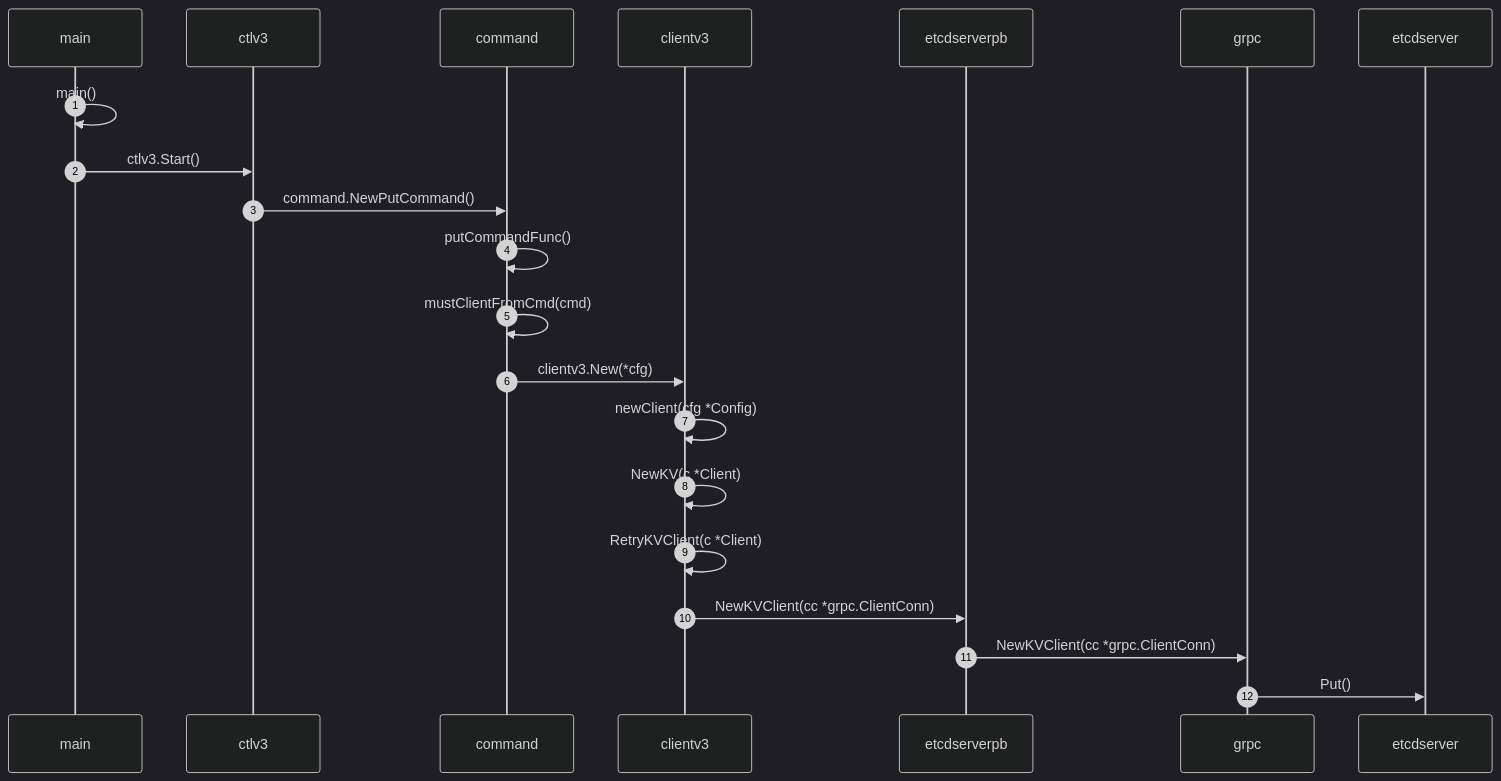
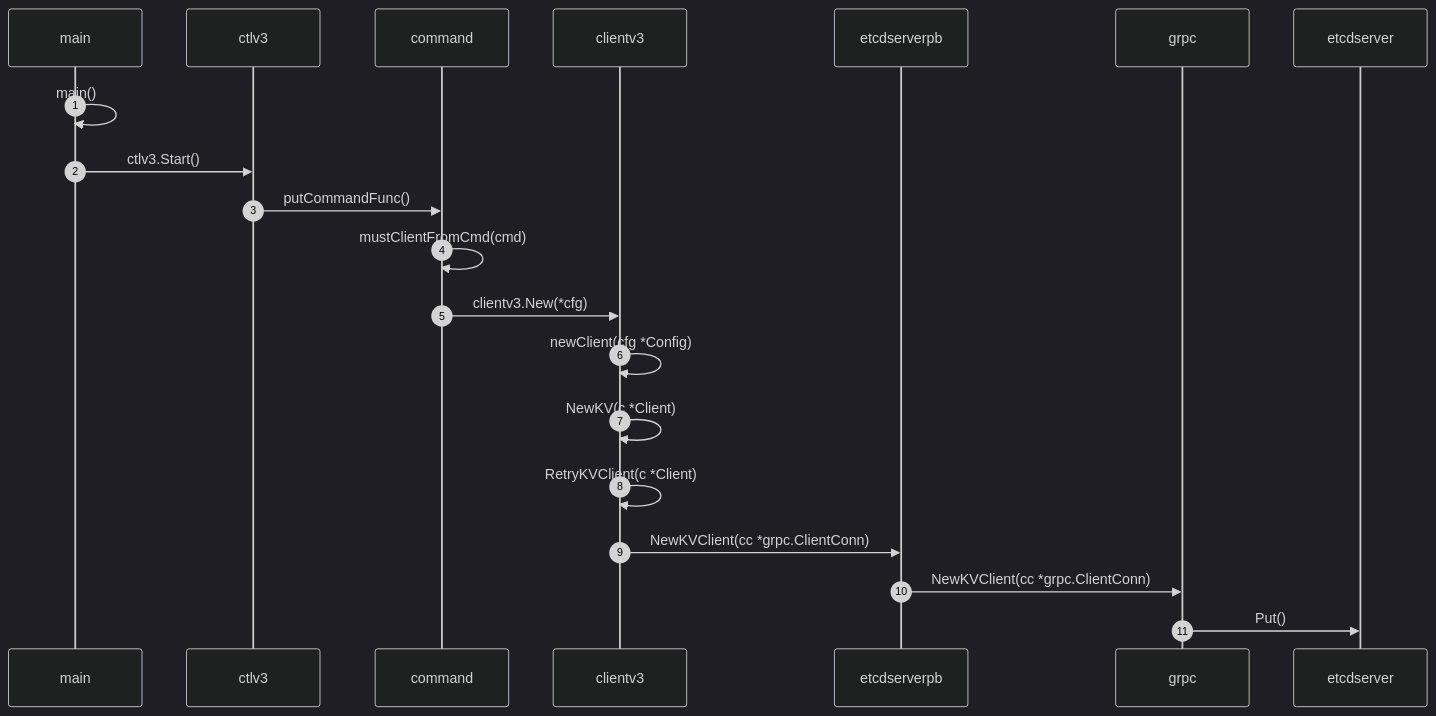
One commit to kangxiaoning/kangxiaoning.github.io changed the sixth of 8 diagrams in Writerside/topics/etcd/etcd-watch.md. Above: the diagram before and after it, drawn with Mermaid (dark theme). The commit also changed other lines of this file, not shown here.

````diff
--- a/Writerside/topics/etcd/etcd-watch.md
+++ b/Writerside/topics/etcd/etcd-watch.md
@@ -1322,16 +1323,15 @@
 ```mermaid
 sequenceDiagram
     autonumber
     main->>main: main()
     main->>ctlv3: ctlv3.Start()
-    ctlv3->>command: command.NewPutCommand()
-    command->>command: putCommandFunc()
+    ctlv3->>command: putCommandFunc()
     command->>command: mustClientFromCmd(cmd)
     command->>clientv3: clientv3.New(*cfg)
     clientv3->>clientv3: newClient(cfg *Config)
     clientv3->>clientv3: NewKV(c *Client)
     clientv3->>clientv3: RetryKVClient(c *Client)
     clientv3->>etcdserverpb: NewKVClient(cc *grpc.ClientConn)
     etcdserverpb->>grpc: NewKVClient(cc *grpc.ClientConn)
     grpc->>etcdserver: Put()
 ```
````
